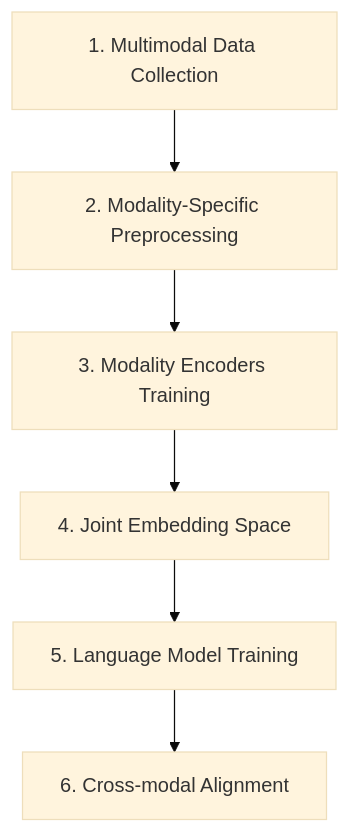
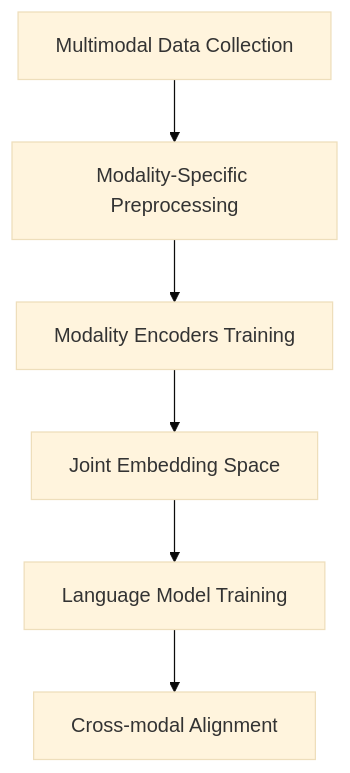
Before and after one commit to siddhbose-kivtechs/slm_docuemnts: the second of 3 diagrams in multimodal.md, drawn with Mermaid (base theme).

````diff
--- a/multimodal.md
+++ b/multimodal.md
@@ -67,15 +67,15 @@
 ```mermaid
 flowchart TD
     A[Data Collection] --> B[Preprocessing by Modality]
     B --> C[Encoder Training for Each Modality]
     C --> D[Joint Embedding Space Training]
     D --> E[Language Model Training]
     E --> F[Alignment Fine-tuning]
     
-    A["1. Multimodal Data Collection"]
-    B["2. Modality-Specific Preprocessing"]
-    C["3. Modality Encoders Training"]
-    D["4. Joint Embedding Space"]
-    E["5. Language Model Training"]
-    F["6. Cross-modal Alignment"]
+    A["Multimodal Data Collection"]
+    B["Modality-Specific Preprocessing"]
+    C["Modality Encoders Training"]
+    D["Joint Embedding Space"]
+    E["Language Model Training"]
+    F["Cross-modal Alignment"]
 ```
````
